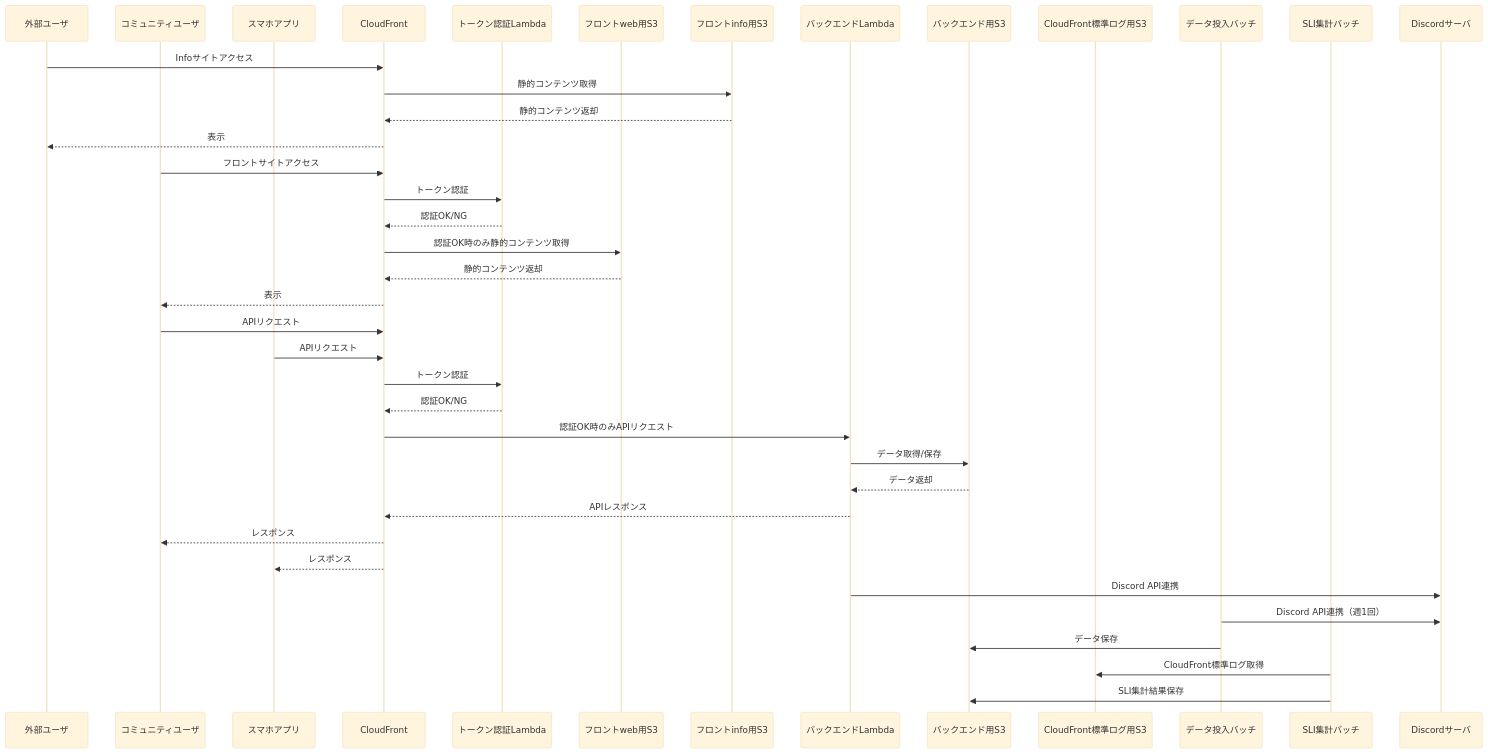
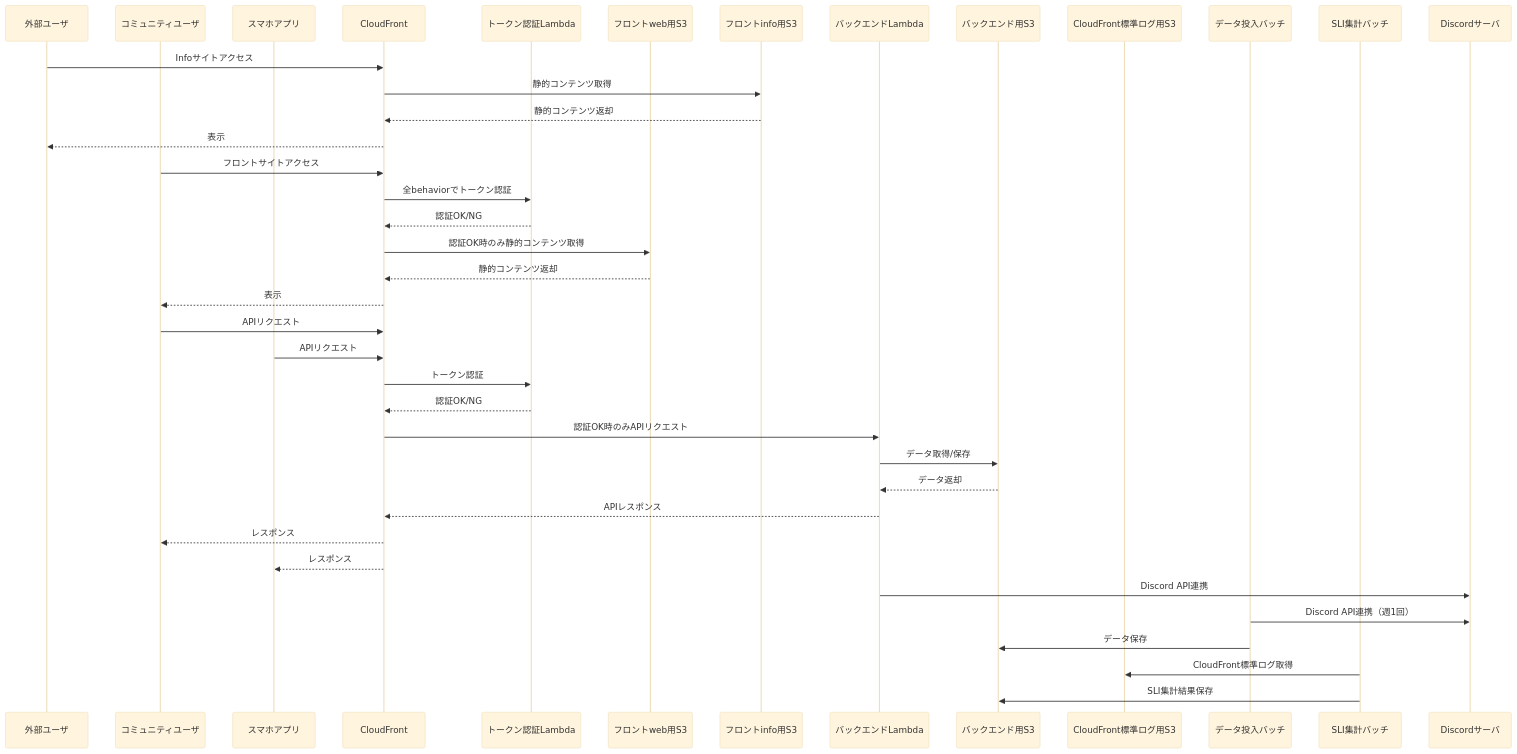
One commit to deidra-JP-windows/front-web-site-for-riften-terraform changed the diagram in documents/シーケンス図_内部向けWEBサイトとスマホアプリのトークン認証.md. Above: the diagram before and after it, drawn with Mermaid (base theme). The commit also changed 17 other files, not shown here.

````diff
--- a/documents/シーケンス図_内部向けWEBサイトとスマホアプリのトークン認証.md
+++ b/documents/シーケンス図_内部向けWEBサイトとスマホアプリのトークン認証.md
@@ -1,47 +1,47 @@
 ```mermaid
 sequenceDiagram
   participant User as 外部ユーザ
   participant Member as コミュニティユーザ
   participant App as スマホアプリ
   participant CF as CloudFront
   participant AuthLambda as トークン認証Lambda
   participant FrontS3 as フロントweb用S3
   participant InfoS3 as フロントinfo用S3
   participant BackendLambda as バックエンドLambda
   participant BackendS3 as バックエンド用S3
   participant CFLogS3 as CloudFront標準ログ用S3
   participant DataBatch as データ投入バッチ
   participant SLI_Batch as SLI集計バッチ
   participant Discord as Discordサーバ
   %% 外部ユーザのInfoサイト閲覧
   User->>CF: Infoサイトアクセス
   CF->>InfoS3: 静的コンテンツ取得
   InfoS3-->>CF: 静的コンテンツ返却
   CF-->>User: 表示
   %% コミュニティユーザのフロントサイト利用
   Member->>CF: フロントサイトアクセス
-  CF->>AuthLambda: トークン認証
+  CF->>AuthLambda: 全behaviorでトークン認証
   AuthLambda-->>CF: 認証OK/NG
   CF->>FrontS3: 認証OK時のみ静的コンテンツ取得
   FrontS3-->>CF: 静的コンテンツ返却
   CF-->>Member: 表示
   %% APIリクエスト（フロント/アプリ）
   Member->>CF: APIリクエスト
   App->>CF: APIリクエスト
   CF->>AuthLambda: トークン認証
   AuthLambda-->>CF: 認証OK/NG
   CF->>BackendLambda: 認証OK時のみAPIリクエスト
   BackendLambda->>BackendS3: データ取得/保存
   BackendS3-->>BackendLambda: データ返却
   BackendLambda-->>CF: APIレスポンス
   CF-->>Member: レスポンス
   CF-->>App: レスポンス
   %% Discord連携
   BackendLambda->>Discord: Discord API連携
   DataBatch->>Discord: Discord API連携（週1回）
   DataBatch->>BackendS3: データ保存
   %% SLI集計・アラート
   SLI_Batch->>CFLogS3: CloudFront標準ログ取得
   SLI_Batch->>BackendS3: SLI集計結果保存
   %% CloudWatchアラーム（図略:メトリクス→Discord通知）
 ```
````
